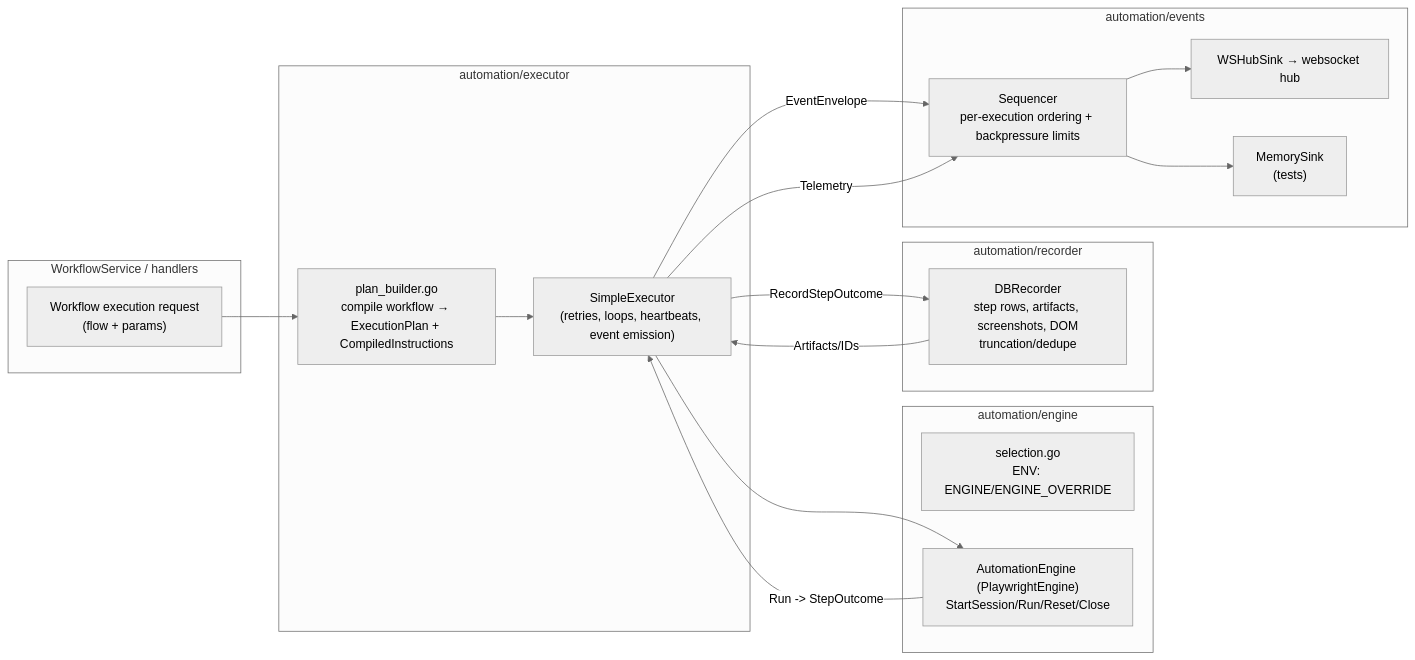
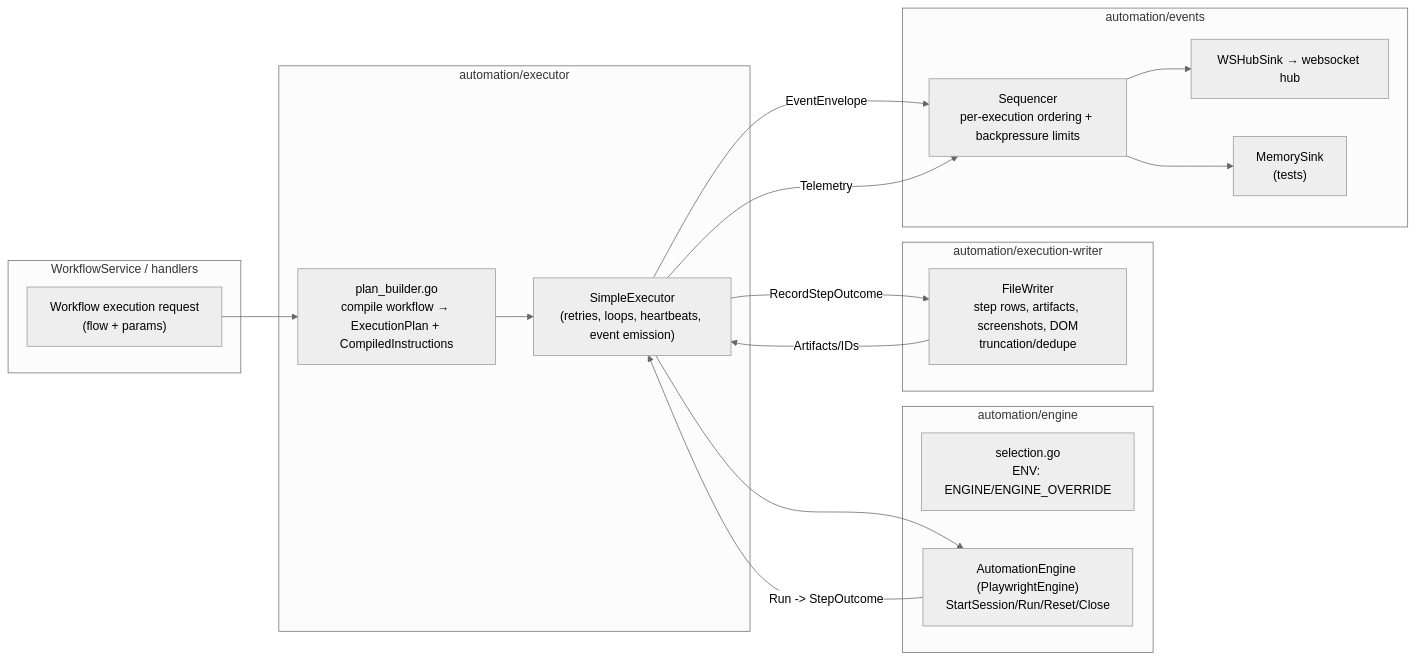
The diagram in scenarios/browser-automation-studio/api/automation/README.md (Vrooli/Vrooli), drawn with Mermaid (neutral theme) before and after one commit. The commit also changed other lines of this file and 60 other files, not shown here.

````diff
--- a/scenarios/browser-automation-studio/api/automation/README.md
+++ b/scenarios/browser-automation-studio/api/automation/README.md
@@ -6,30 +6,30 @@
 ```mermaid
 flowchart LR
     subgraph Request["WorkflowService / handlers"]
         WF["Workflow execution request\n(flow + params)"]
     end
     subgraph Planning["automation/executor"]
         PB["plan_builder.go\ncompile workflow → ExecutionPlan + CompiledInstructions"]
         EX["SimpleExecutor\n(retries, loops, heartbeats, event emission)"]
     end
     subgraph Engine["automation/engine"]
         SEL["selection.go\nENV: ENGINE/ENGINE_OVERRIDE"]
         ENG["AutomationEngine (PlaywrightEngine)\nStartSession/Run/Reset/Close"]
     end
-    subgraph Recorder["automation/recorder"]
-        REC["DBRecorder\nstep rows, artifacts, screenshots, DOM\ntruncation/dedupe"]
+    subgraph Writer["automation/execution-writer"]
+        REC["FileWriter\nstep rows, artifacts, screenshots, DOM\ntruncation/dedupe"]
     end
     subgraph Events["automation/events"]
         SEQ["Sequencer\nper-execution ordering + backpressure limits"]
         WS["WSHubSink → websocket hub"]
         MEM["MemorySink\n(tests)"]
     end
 
     WF --> PB --> EX --> ENG
     ENG -->|Run -> StepOutcome| EX
     EX -->|RecordStepOutcome| REC
     EX -->|EventEnvelope| SEQ --> WS
     EX -->|Telemetry| SEQ
     REC -->|Artifacts/IDs| EX
     SEQ --> MEM
 ```
````
